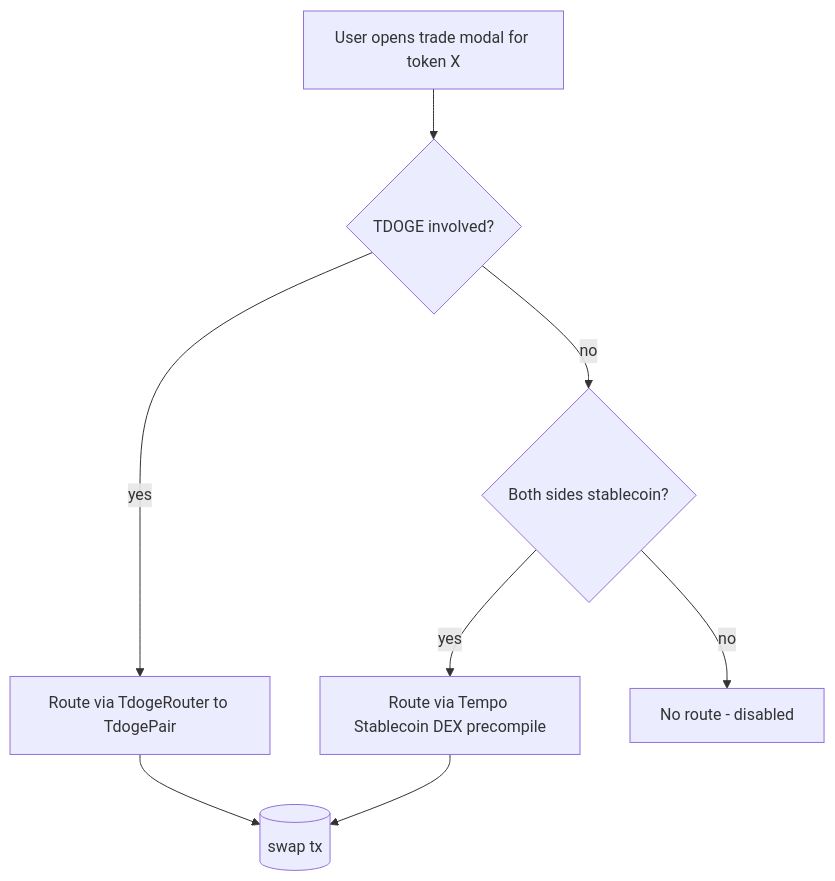
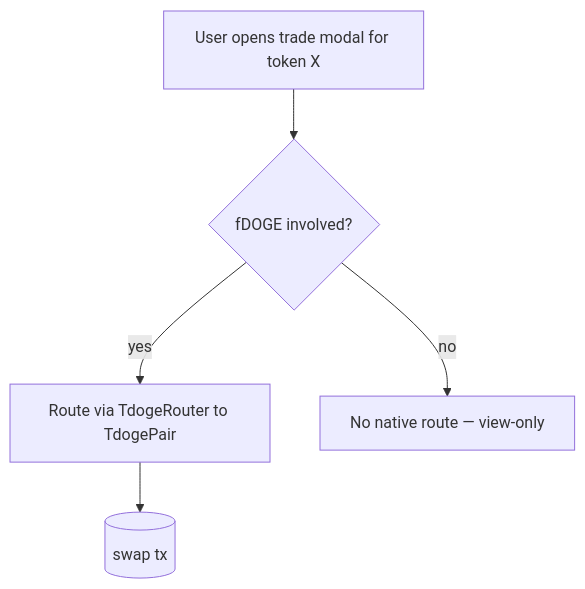
Diagram 12 of 19 in WHITEPAPER.md (dudelynft-dotcom/DF), drawn with Mermaid before and after one commit. The commit also changed other lines of this file and 2 other files, not shown here.

````diff
--- a/WHITEPAPER.md
+++ b/WHITEPAPER.md
@@ -638,10 +627,7 @@
 ```mermaid
 flowchart TD
-    U[User opens trade modal for token X] --> Q{TDOGE involved?}
+    U[User opens trade modal for token X] --> Q{fDOGE involved?}
     Q -->|yes| AMM[Route via TdogeRouter to TdogePair]
-    Q -->|no| S{Both sides stablecoin?}
-    S -->|yes| DEX[Route via Tempo Stablecoin DEX precompile]
-    S -->|no| N[No route - disabled]
+    Q -->|no| N[No native route — view-only]
     AMM --> Tx[(swap tx)]
-    DEX --> Tx
 ```
````
